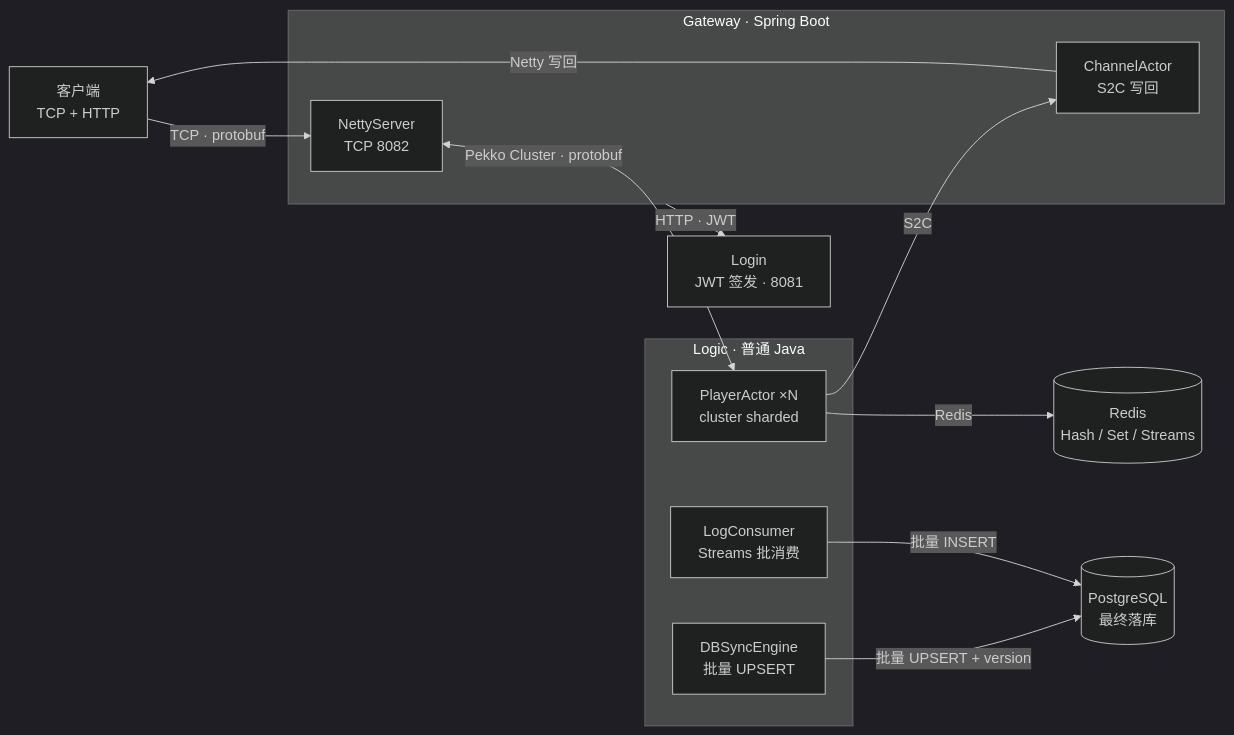
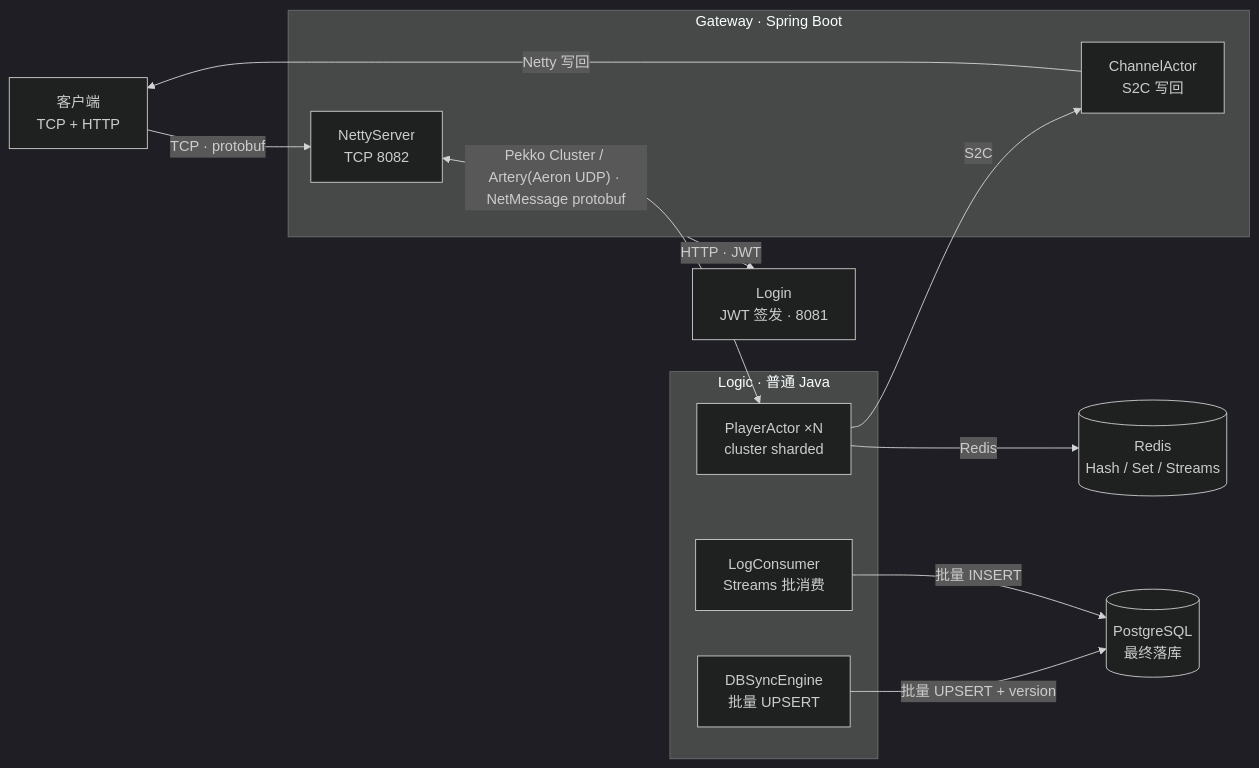
One commit to xunsang2022/xs-net changed the diagram in ARCHITECTURE.md. Above: the diagram before and after it, drawn with Mermaid (dark theme). The commit also changed other lines of this file and 7 other files, not shown here.

````diff
--- a/ARCHITECTURE.md
+++ b/ARCHITECTURE.md
@@ -8,29 +8,29 @@
 ```mermaid
 flowchart LR
     Client[客户端\nTCP + HTTP]
 
     subgraph GW[Gateway · Spring Boot]
         Netty[NettyServer\nTCP 8082]
         Channel[ChannelActor\nS2C 写回]
     end
 
     Login[Login\nJWT 签发 · 8081]
 
     subgraph LogicNode[Logic · 普通 Java]
         Player[PlayerActor ×N\ncluster sharded]
         DBSync[DBSyncEngine\n批量 UPSERT]
         LogC[LogConsumer\nStreams 批消费]
     end
 
     Redis[(Redis\nHash / Set / Streams)]
     PG[(PostgreSQL\n最终落库)]
 
     Client -- "TCP · protobuf" --> Netty
     Channel -- "Netty 写回" --> Client
     GW -- "HTTP · JWT" --> Login
-    Netty <-- "Pekko Cluster · protobuf" --> Player
+    Netty <-- "Pekko Cluster / Artery(Aeron UDP) · NetMessage protobuf" --> Player
     Player -- "S2C" --> Channel
     Player -- "Redis" --> Redis
     DBSync -- "批量 UPSERT + version" --> PG
     LogC -- "批量 INSERT" --> PG
 ```
````
